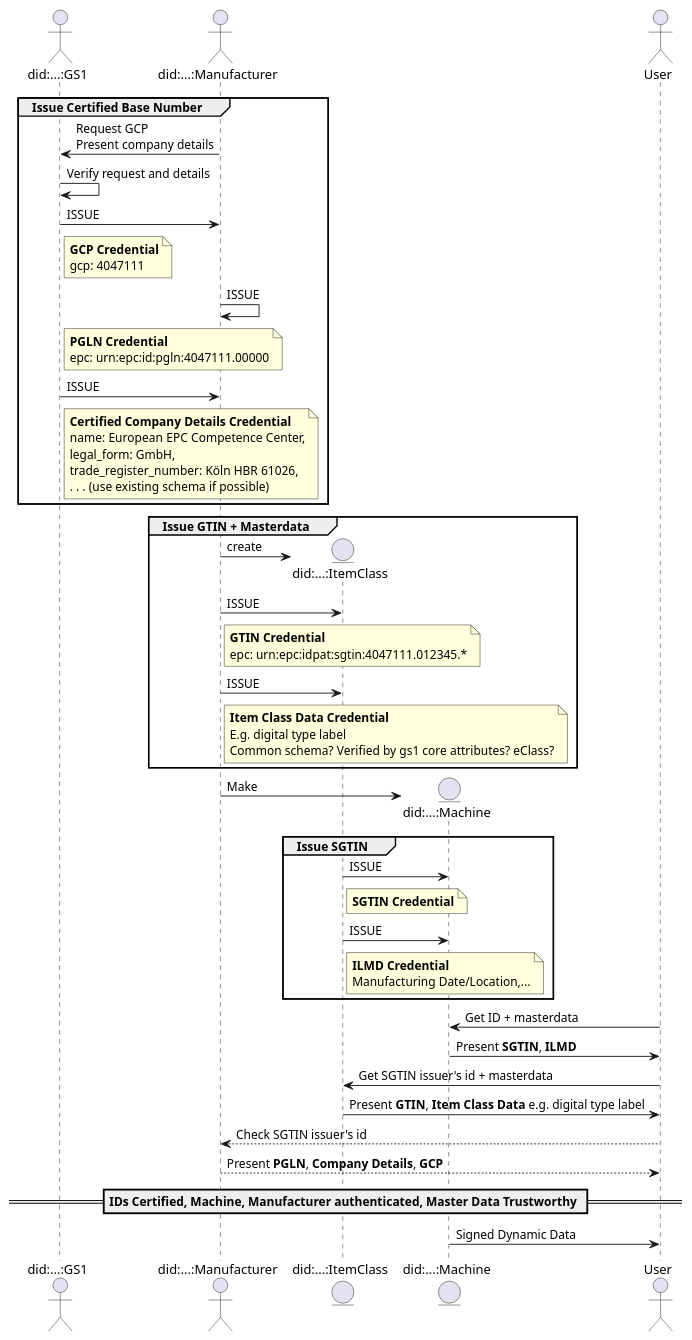
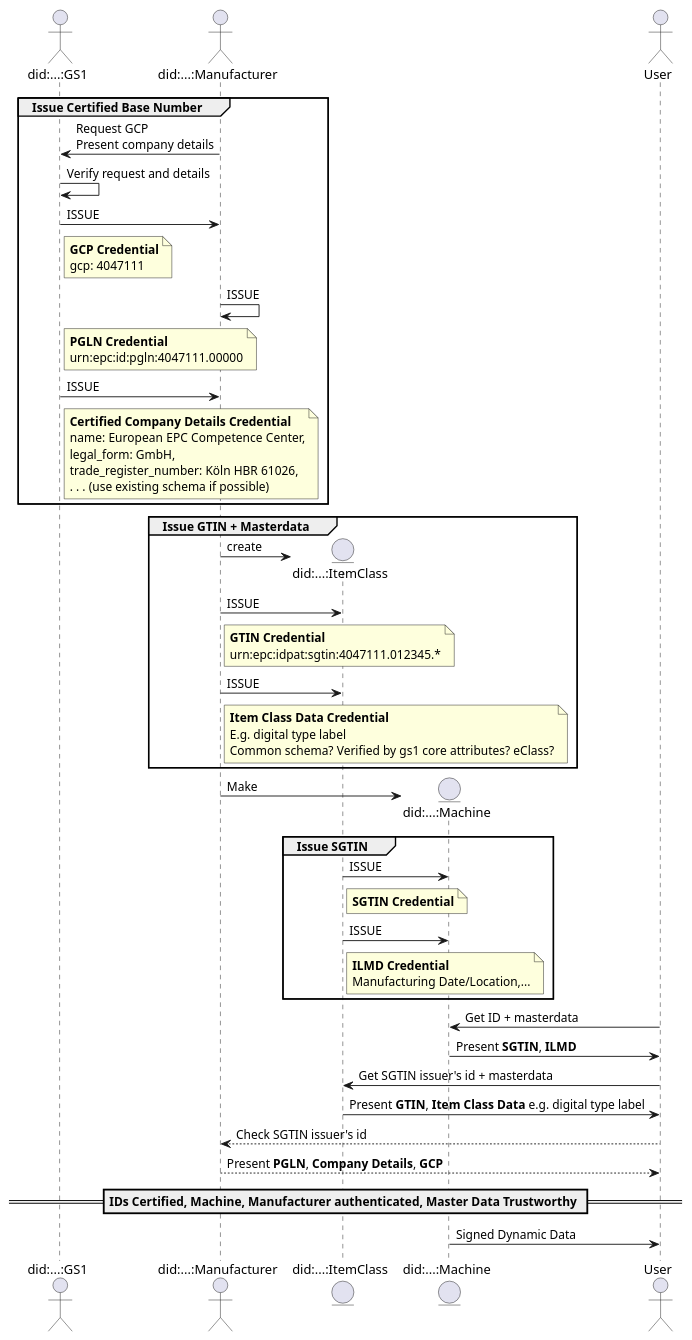
The diagram in ssi/certified-gs1-ids.plantuml (gs1-germany-innolab/CertifiedByGS1-I4.0-OnePager), drawn with PlantUML before and after one commit.

```diff
--- a/ssi/certified-gs1-ids.plantuml
+++ b/ssi/certified-gs1-ids.plantuml
@@ -1,84 +1,84 @@
 @startuml Certified GS1 IDs
 skinparam responseMessageBelowArrow true
 
 actor "did:...:GS1" as GS1
 actor "did:...:Manufacturer" as Manufacturer
 entity "did:...:ItemClass" as gtin
 entity "did:...:Machine" as Machine
 actor User
 
 group Issue Certified Base Number
     Manufacturer -> GS1 : Request GCP\nPresent company details
     GS1 -> GS1 : Verify request and details
     GS1 -> Manufacturer : ISSUE
     note right of GS1
         <b>GCP Credential</b>
         gcp: 4047111
     end note
     Manufacturer -> Manufacturer : ISSUE
     note right of GS1
         <b>PGLN Credential</b>
-        epc: urn:epc:id:pgln:4047111.00000
+        urn:epc:id:pgln:4047111.00000
     end note
 
     GS1 -> Manufacturer : ISSUE
     note right of GS1
         <b>Certified Company Details Credential</b>
         name: European EPC Competence Center,
         legal_form: GmbH,
         trade_register_number: Köln HBR 61026,
         . . . (use existing schema if possible)
     end note
 end
 
 
 group Issue GTIN + Masterdata
     Manufacturer -> gtin ** : create
     Manufacturer -> gtin : ISSUE
     note right of Manufacturer
         <b>GTIN Credential</b>
-        epc: urn:epc:idpat:sgtin:4047111.012345.*
+        urn:epc:idpat:sgtin:4047111.012345.*
     end note
     Manufacturer -> gtin : ISSUE
     note right of Manufacturer
         <b>Item Class Data Credential</b>
         E.g. digital type label
         Common schema? Verified by gs1 core attributes? eClass?
     end note
 
 end
 
 Manufacturer -> Machine ** : Make
 
 
 group Issue SGTIN
     gtin -> Machine : ISSUE
     note right of gtin
         <b>SGTIN Credential</b>
     end note
 
     gtin -> Machine : ISSUE
     note right of gtin
         <b>ILMD Credential</b>
         Manufacturing Date/Location,...
     end note
 end
 
 User -> Machine : Get ID + masterdata
 Machine -> User : Present <b>SGTIN</b>, <b>ILMD</b>
 
 User -> gtin: Get SGTIN issuer's id + masterdata
 gtin -> User: Present <b>GTIN</b>, <b>Item Class Data</b> e.g. digital type label
 
 
 
 User --> Manufacturer: Check SGTIN issuer's id
 Manufacturer --> User: Present <b>PGLN</b>, <b>Company Details</b>, <b>GCP</b>
 
 == IDs Certified, Machine, Manufacturer authenticated, Master Data Trustworthy ==
 
 
 Machine -> User : Signed Dynamic Data
 
 
 @enduml
```
